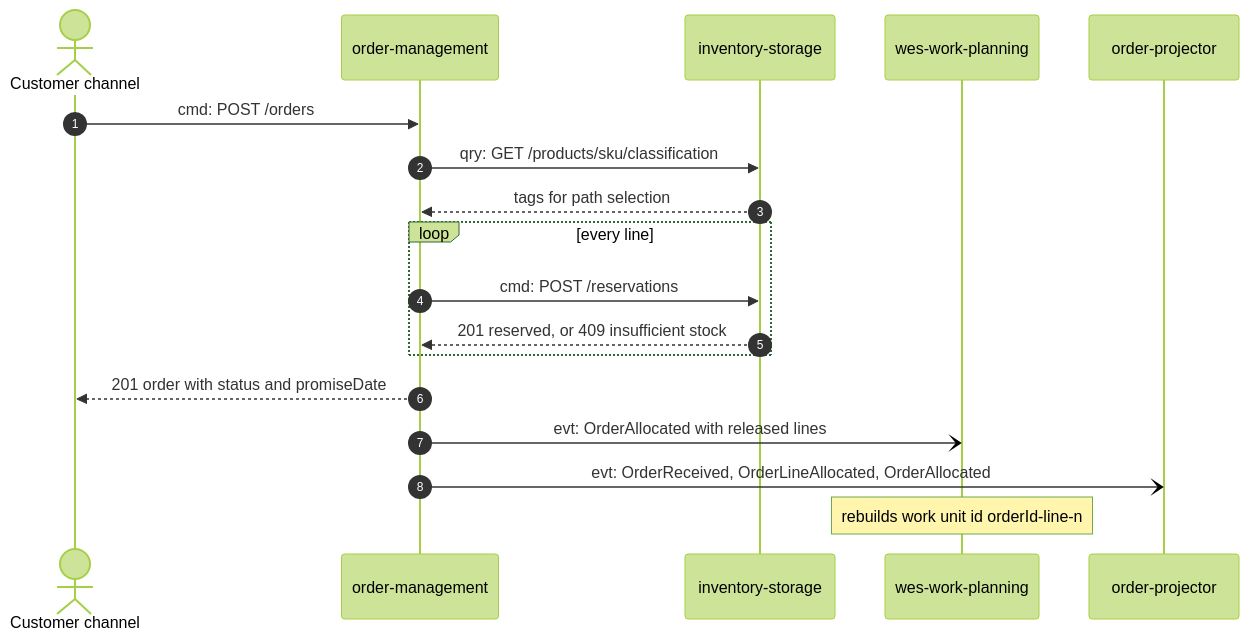
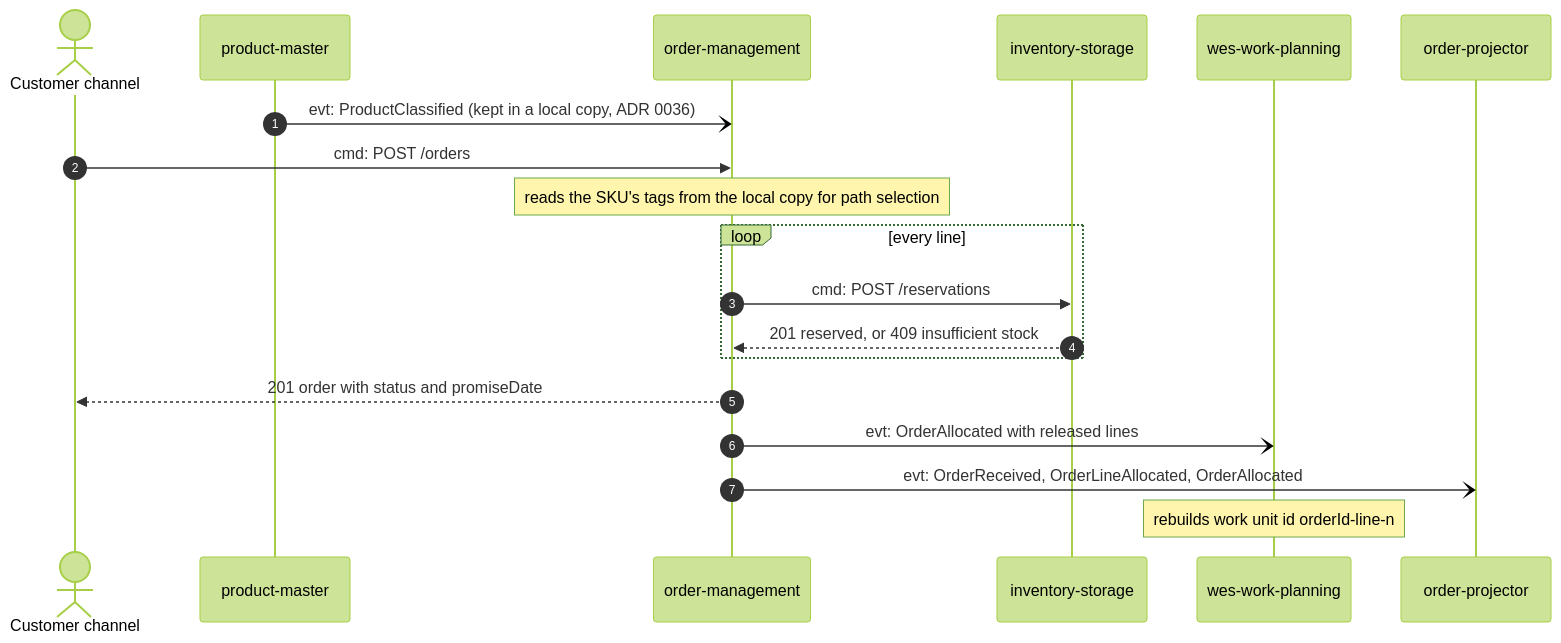
One commit to IQVO/warehouse-docs changed the first of 4 diagrams in docs/contexts/order-management/domain-message-flow.md. Above: the diagram before and after it, drawn with Mermaid (forest theme). The commit also changed other lines of this file and 118 other files, not shown here.

````diff
--- a/docs/contexts/order-management/domain-message-flow.md
+++ b/docs/contexts/order-management/domain-message-flow.md
@@ -25,21 +25,22 @@
 ```mermaid
 sequenceDiagram
   autonumber
   actor Customer as Customer channel
+  participant PM as product-master
   participant OM as order-management
   participant INV as inventory-storage
   participant WP as wes-work-planning
   participant PJ as order-projector
 
+  PM-)OM: evt: ProductClassified (kept in a local copy, ADR 0036)
   Customer->>OM: cmd: POST /orders
-  OM->>INV: qry: GET /products/sku/classification
-  INV-->>OM: tags for path selection
+  Note over OM: reads the SKU's tags from the local copy for path selection
   loop every line
     OM->>INV: cmd: POST /reservations
     INV-->>OM: 201 reserved, or 409 insufficient stock
   end
   OM-->>Customer: 201 order with status and promiseDate
   OM-)WP: evt: OrderAllocated with released lines
   OM-)PJ: evt: OrderReceived, OrderLineAllocated, OrderAllocated
   Note over WP: rebuilds work unit id orderId-line-n
 ```
````
